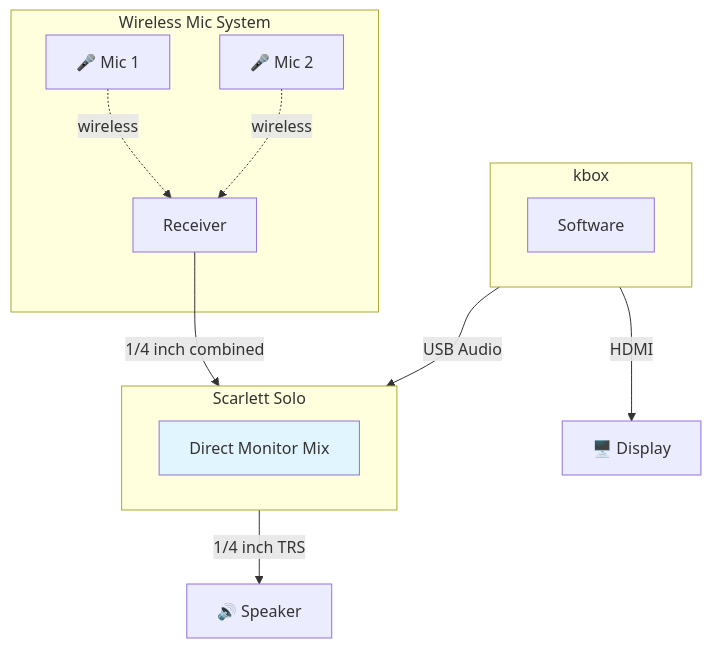
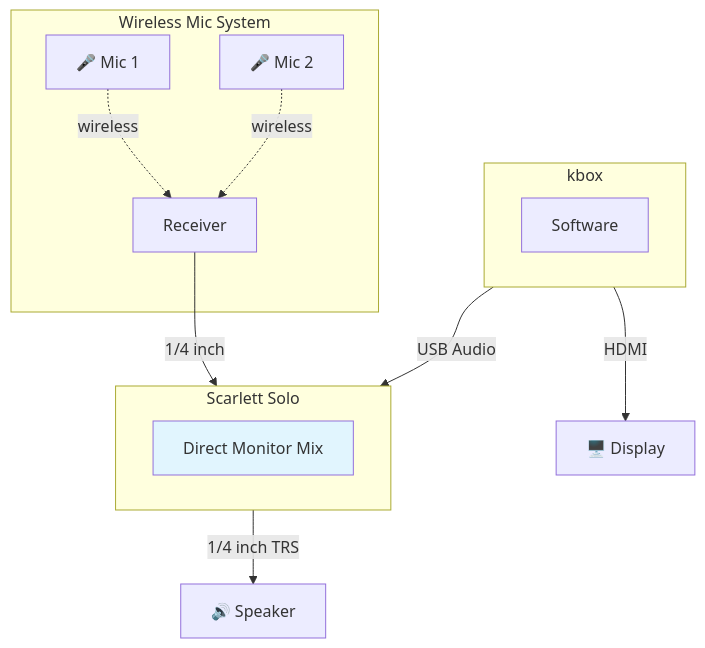
The fourth of 5 diagrams in docs/HARDWARE_SETUP.md (mdz/kbox), drawn with Mermaid before and after one commit. The commit also changed other lines of this file, not shown here.

````diff
--- a/docs/HARDWARE_SETUP.md
+++ b/docs/HARDWARE_SETUP.md
@@ -209,26 +206,26 @@
 ```mermaid
 flowchart TB
     subgraph wireless["Wireless Mic System"]
         MIC1[🎤 Mic 1]
         MIC2[🎤 Mic 2]
         RX[Receiver]
     end
     
     subgraph solo["Scarlett Solo"]
         DM[Direct Monitor Mix]
     end
     
     MIC1 -.->|wireless| RX
     MIC2 -.->|wireless| RX
-    RX -->|1/4 inch combined| solo
+    RX -->|1/4 inch| solo
     
     subgraph kbox["kbox"]
         SW[Software]
     end
     
     kbox -->|USB Audio| solo
     kbox -->|HDMI| MON[🖥️ Display]
     solo -->|1/4 inch TRS| SPK[🔊 Speaker]
     
     style DM fill:#e1f5fe
 ```
````
